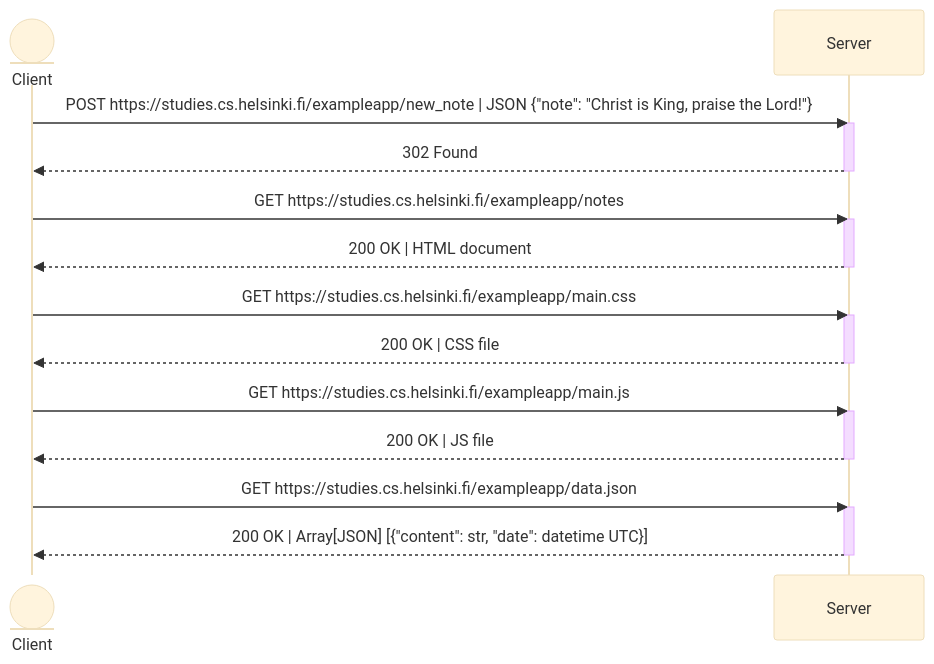
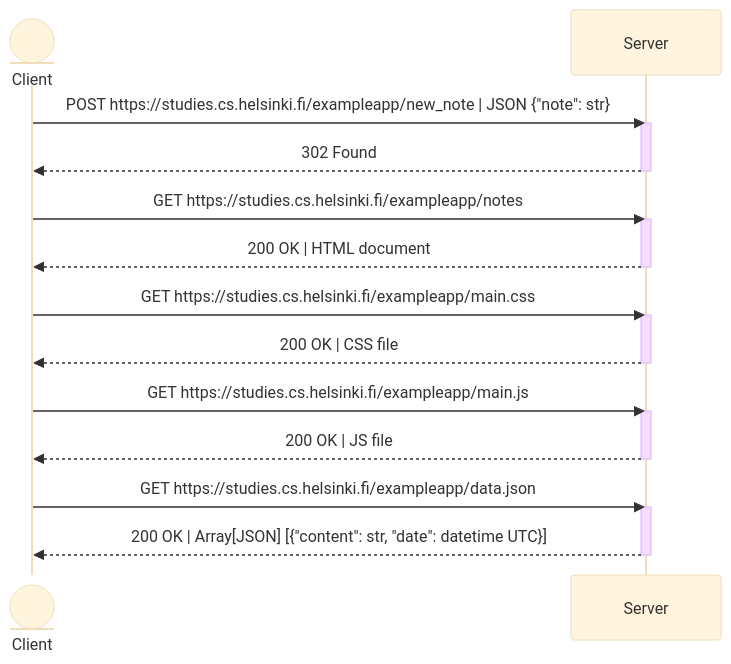
One commit to adilarshidin/fullstackopen changed the diagram in part0/0.4 - New note diagram.md. Above: the diagram before and after it, drawn with Mermaid (base theme). The commit also changed 1 other file, not shown here.

````diff
--- a/part0/0.4 - New note diagram.md
+++ b/part0/0.4 - New note diagram.md
@@ -1,30 +1,30 @@
 ```mermaid
 sequenceDiagram
 
     participant Client@{ "type": "entity" }
 
-    Client ->> Server: POST https://studies.cs.helsinki.fi/exampleapp/new_note | JSON {"note": "Christ is King, praise the Lord!"}
+    Client ->> Server: POST https://studies.cs.helsinki.fi/exampleapp/new_note | JSON {"note": str}
     activate Server
     Server -->> Client: 302 Found
     deactivate Server
 
     Client ->> Server: GET https://studies.cs.helsinki.fi/exampleapp/notes
     activate Server
     Server -->> Client: 200 OK | HTML document
     deactivate Server
 
     Client ->> Server: GET https://studies.cs.helsinki.fi/exampleapp/main.css
     activate Server
     Server -->> Client: 200 OK | CSS file
     deactivate Server
 
     Client ->> Server: GET https://studies.cs.helsinki.fi/exampleapp/main.js
     activate Server
     Server -->> Client: 200 OK | JS file
     deactivate Server
 
     Client ->> Server: GET https://studies.cs.helsinki.fi/exampleapp/data.json
     activate Server
     Server -->> Client: 200 OK | Array[JSON] [{"content": str, "date": datetime UTC}]
     deactivate Server
 ```
````
